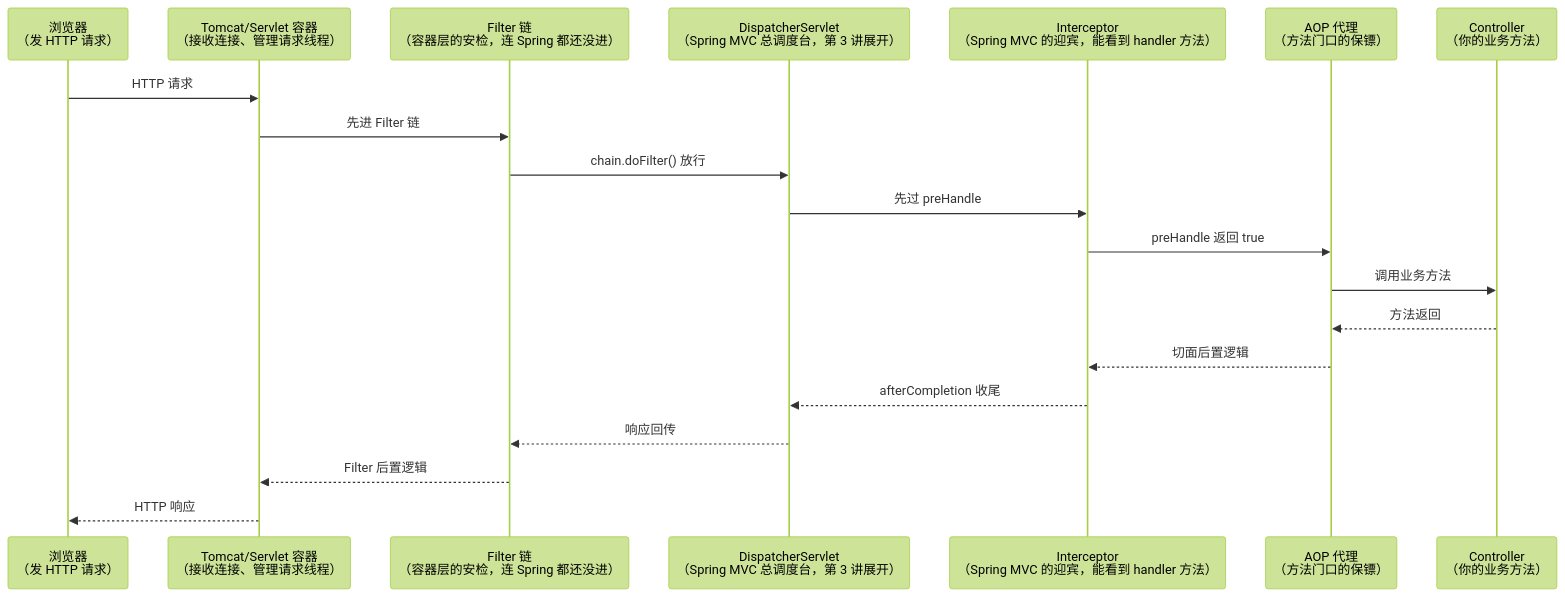
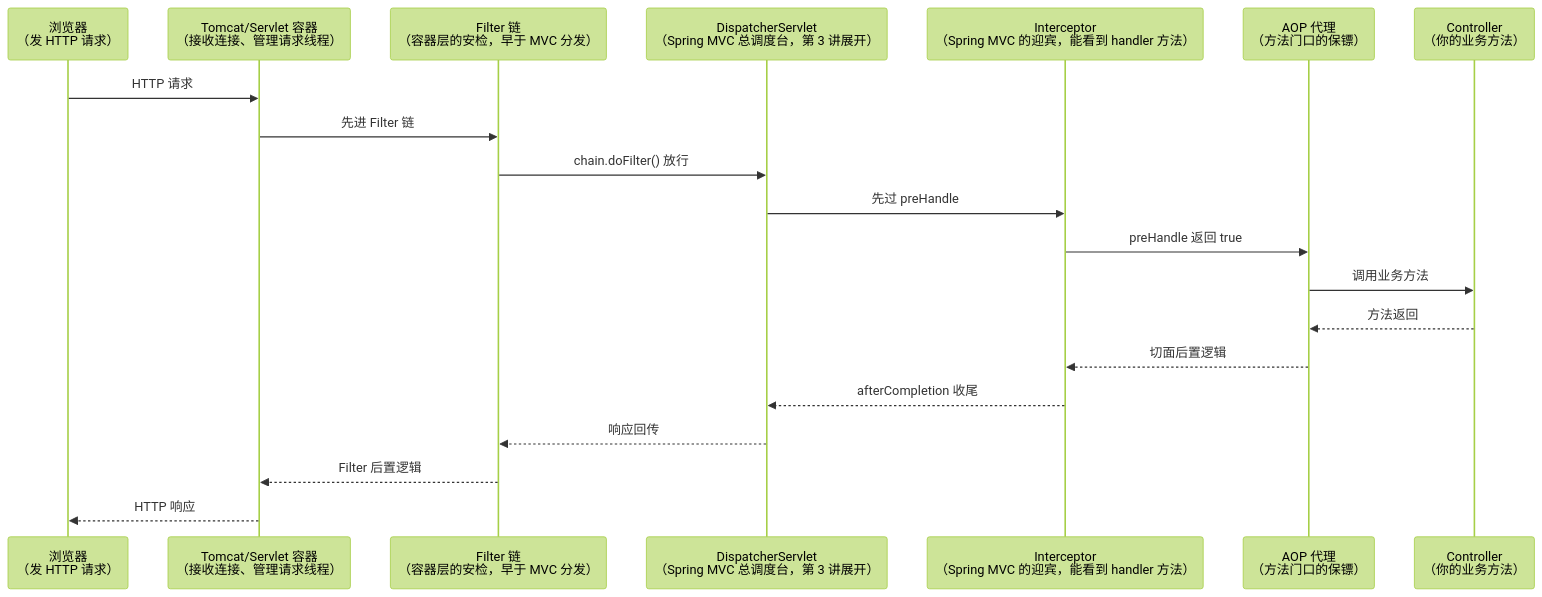
One commit to CrazyForks/java-full-stack changed the fourth of 5 diagrams in docs/02-阶段二-Spring生态与Web开发核心/02-SpringBoot4实战.md. Above: the diagram before and after it, drawn with Mermaid (forest theme). The commit also changed other lines of this file and 58 other files, not shown here.

````diff
--- a/docs/02-阶段二-Spring生态与Web开发核心/02-SpringBoot4实战.md
+++ b/docs/02-阶段二-Spring生态与Web开发核心/02-SpringBoot4实战.md
@@ -298,22 +298,22 @@
 ```mermaid
 sequenceDiagram
     participant 浏览器 as 浏览器<br/>（发 HTTP 请求）
     participant 容器 as Tomcat/Servlet 容器<br/>（接收连接、管理请求线程）
-    participant Filter链 as Filter 链<br/>（容器层的安检，连 Spring 都还没进）
+    participant Filter链 as Filter 链<br/>（容器层的安检，早于 MVC 分发）
     participant 调度台 as DispatcherServlet<br/>（Spring MVC 总调度台，第 3 讲展开）
     participant Interceptor as Interceptor<br/>（Spring MVC 的迎宾，能看到 handler 方法）
     participant AOP代理 as AOP 代理<br/>（方法门口的保镖）
     participant Controller as Controller<br/>（你的业务方法）
     浏览器->>容器: HTTP 请求
     容器->>Filter链: 先进 Filter 链
     Filter链->>调度台: chain.doFilter() 放行
     调度台->>Interceptor: 先过 preHandle
     Interceptor->>AOP代理: preHandle 返回 true
     AOP代理->>Controller: 调用业务方法
     Controller-->>AOP代理: 方法返回
     AOP代理-->>Interceptor: 切面后置逻辑
     Interceptor-->>调度台: afterCompletion 收尾
     调度台-->>Filter链: 响应回传
     Filter链-->>容器: Filter 后置逻辑
     容器-->>浏览器: HTTP 响应
 ```
````
